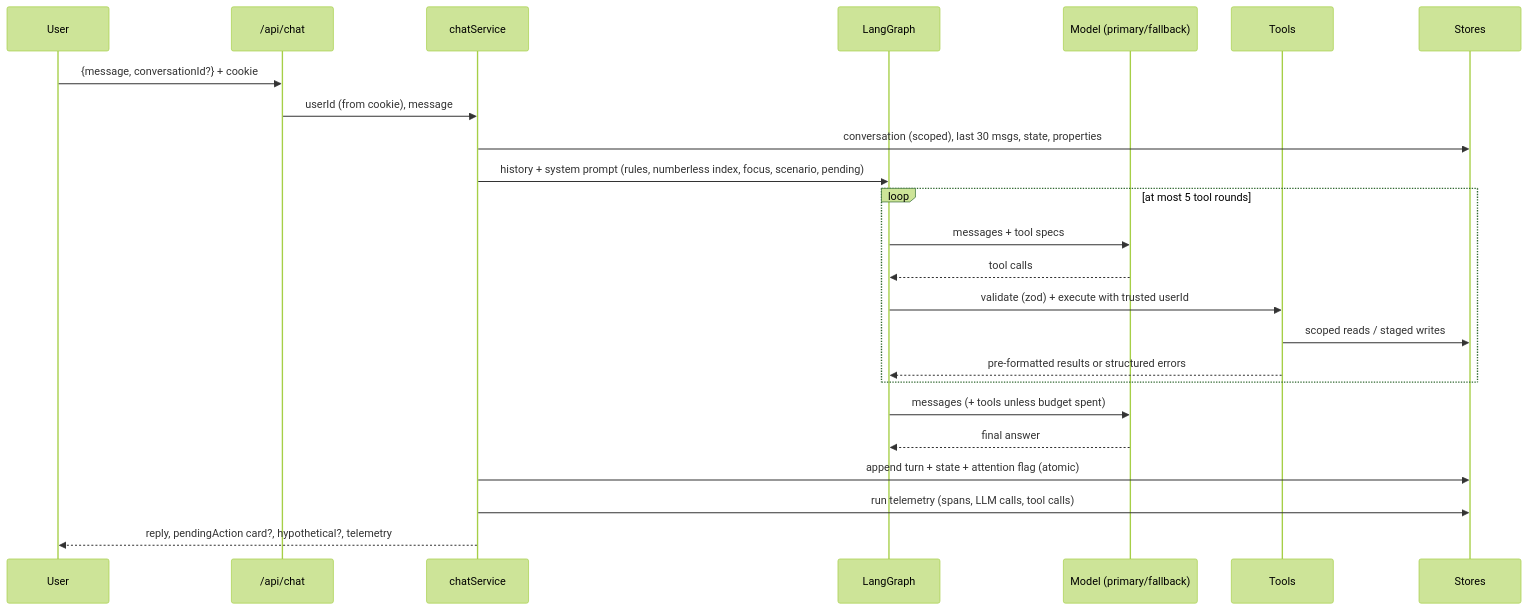
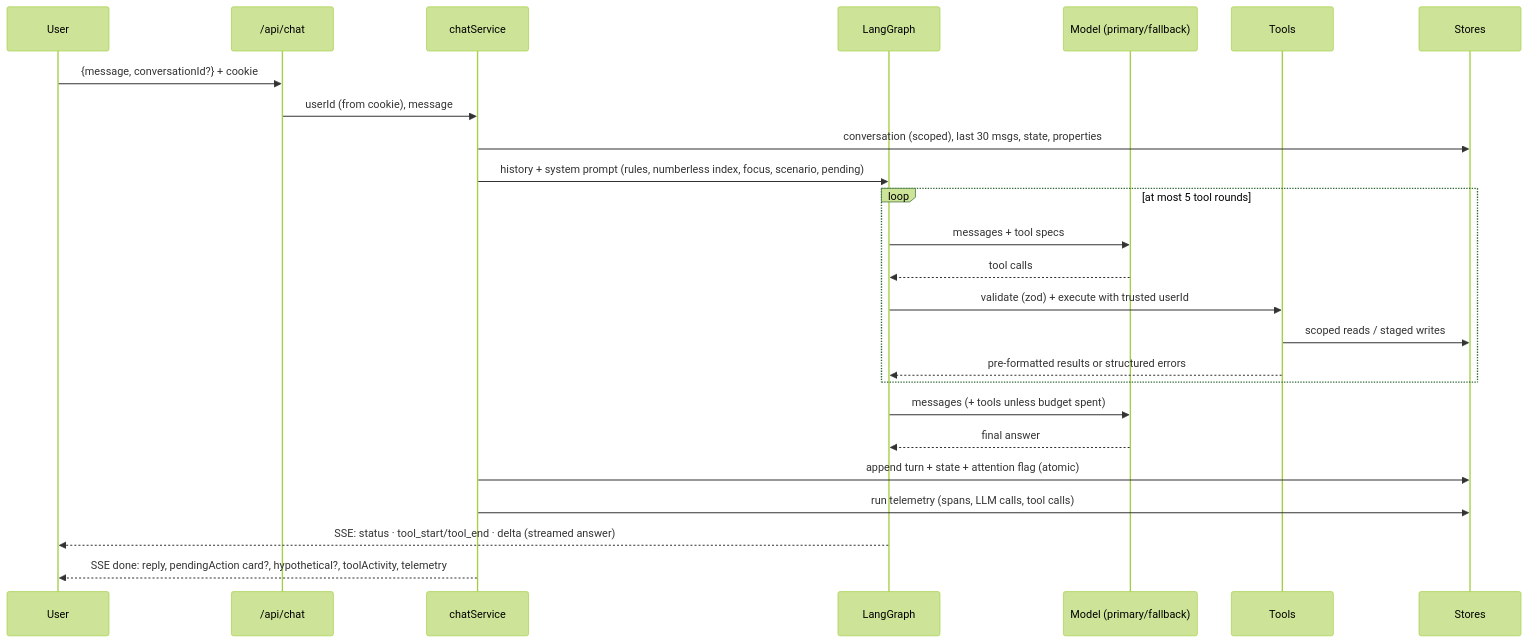
Before and after one commit to Vivek24051/ai-portfolio-analyst: the second of 2 diagrams in docs/architecture.md, drawn with Mermaid (forest theme). The commit also changed other lines of this file and 36 other files, not shown here.

````diff
--- a/docs/architecture.md
+++ b/docs/architecture.md
@@ -41,26 +43,27 @@
 ```mermaid
 sequenceDiagram
   participant U as User
   participant API as /api/chat
   participant S as chatService
   participant G as LangGraph
   participant M as Model (primary/fallback)
   participant T as Tools
   participant DB as Stores
   U->>API: {message, conversationId?} + cookie
   API->>S: userId (from cookie), message
   S->>DB: conversation (scoped), last 30 msgs, state, properties
   S->>G: history + system prompt (rules, numberless index, focus, scenario, pending)
   loop at most 5 tool rounds
     G->>M: messages + tool specs
     M-->>G: tool calls
     G->>T: validate (zod) + execute with trusted userId
     T->>DB: scoped reads / staged writes
     T-->>G: pre-formatted results or structured errors
   end
   G->>M: messages (+ tools unless budget spent)
   M-->>G: final answer
   S->>DB: append turn + state + attention flag (atomic)
   S->>DB: run telemetry (spans, LLM calls, tool calls)
-  S-->>U: reply, pendingAction card?, hypothetical?, telemetry
+  G-->>U: SSE: status · tool_start/tool_end · delta (streamed answer)
+  S-->>U: SSE done: reply, pendingAction card?, hypothetical?, toolActivity, telemetry
 ```
````
